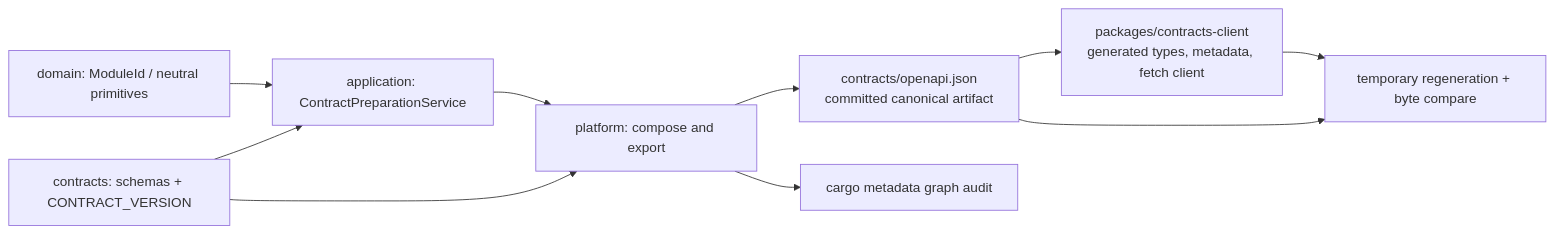
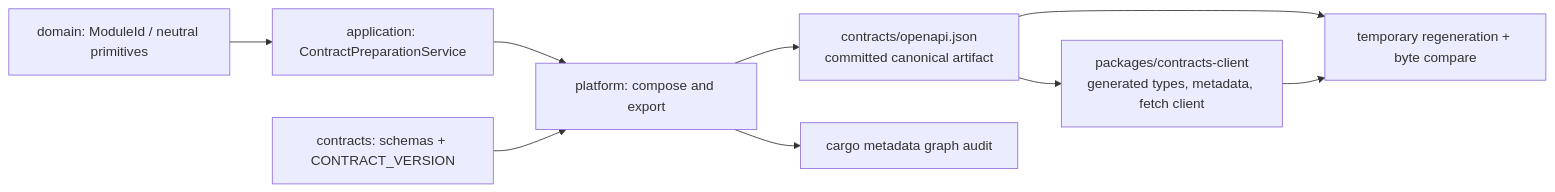
One commit to mateusoliveiradev1/rivallo changed the diagram in .planning/phases/03-rust-modular-monolith-and-api-contract-pipeline/03-RESEARCH.md. Above: the diagram before and after it, drawn with Mermaid. The commit also changed other lines of this file and 4 other files, not shown here.

````diff
--- a/.planning/phases/03-rust-modular-monolith-and-api-contract-pipeline/03-RESEARCH.md
+++ b/.planning/phases/03-rust-modular-monolith-and-api-contract-pipeline/03-RESEARCH.md
@@ -116,12 +116,11 @@
 ```mermaid
 flowchart LR
   D["domain: ModuleId / neutral primitives"] --> A["application: ContractPreparationService"]
-  C["contracts: schemas + CONTRACT_VERSION"] --> A
-  C --> P["platform: compose and export"]
-  A --> P
+  A --> P["platform: compose and export"]
+  C["contracts: schemas + CONTRACT_VERSION"] --> P
   P --> O["contracts/openapi.json\ncommitted canonical artifact"]
   O --> T["packages/contracts-client\ngenerated types, metadata, fetch client"]
   P --> M["cargo metadata graph audit"]
   O --> V["temporary regeneration + byte compare"]
   T --> V
 ```
````
